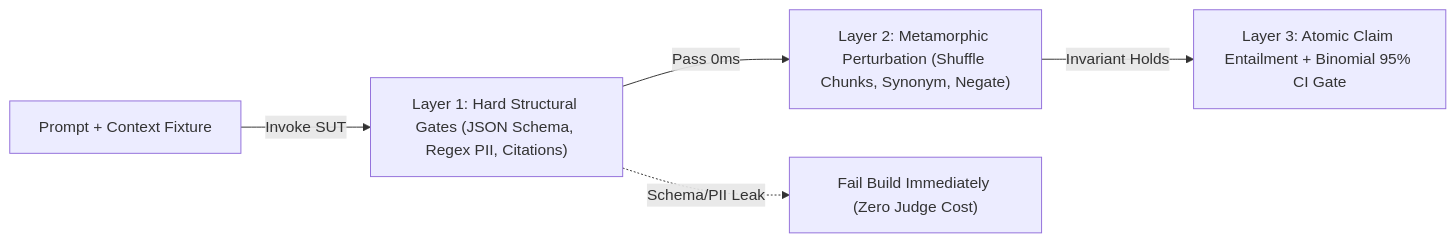
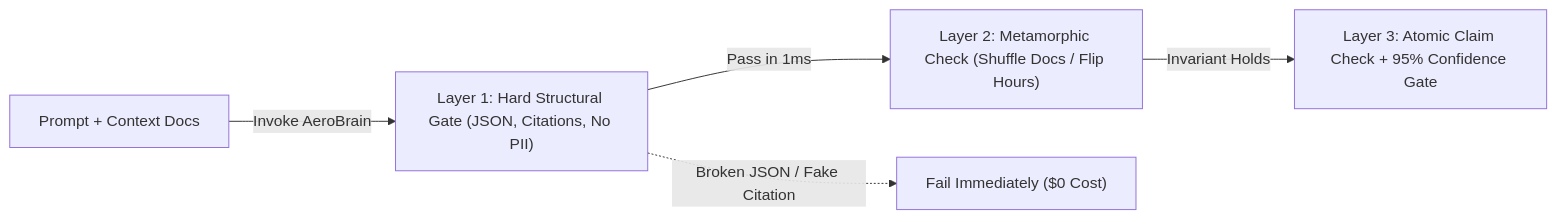
Before and after one commit to manjunathk833/codingforinterviews: the diagram in knowledgebase/06-ai-engineering-qa-focused/01-testing-nondeterministic-systems-and-metamorphic-qa.md, drawn with Mermaid. The commit also changed other lines of this file and 55 other files, not shown here.

````diff
--- a/knowledgebase/06-ai-engineering-qa-focused/01-testing-nondeterministic-systems-and-metamorphic-qa.md
+++ b/knowledgebase/06-ai-engineering-qa-focused/01-testing-nondeterministic-systems-and-metamorphic-qa.md
@@ -69,7 +112,7 @@
 ```mermaid
 flowchart LR
-  In["Prompt + Context Fixture"] -->|Invoke SUT| Gate1["Layer 1: Hard Structural Gates (JSON Schema, Regex PII, Citations)"]
-  Gate1 -->|Pass 0ms| Gate2["Layer 2: Metamorphic Perturbation (Shuffle Chunks, Synonym, Negate)"]
-  Gate2 -->|Invariant Holds| Gate3["Layer 3: Atomic Claim Entailment + Binomial 95% CI Gate"]
-  Gate1 -.->|Schema/PII Leak| Fail["Fail Build Immediately (Zero Judge Cost)"]
+  In["Prompt + Context Docs"] -->|Invoke AeroBrain| Gate1["Layer 1: Hard Structural Gate (JSON, Citations, No PII)"]
+  Gate1 -->|Pass in 1ms| Gate2["Layer 2: Metamorphic Check (Shuffle Docs / Flip Hours)"]
+  Gate2 -->|Invariant Holds| Gate3["Layer 3: Atomic Claim Check + 95% Confidence Gate"]
+  Gate1 -.->|Broken JSON / Fake Citation| Fail["Fail Immediately ($0 Cost)"]
 ```
````
